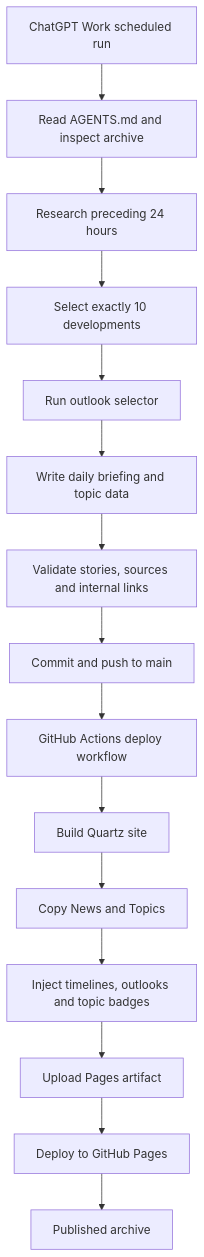
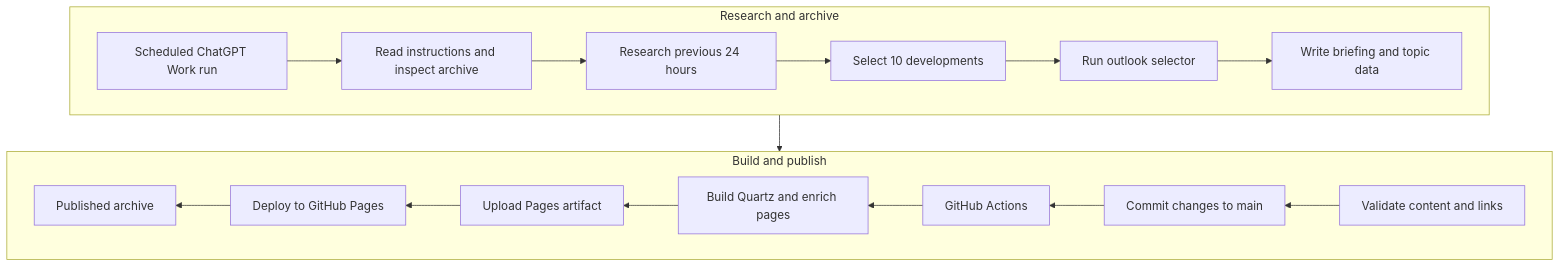
The diagram in README.md (mg-automated/selfgrowing-news), drawn with Mermaid before and after one commit.

Commit message:
docs: widen archive workflow diagram

````diff
--- a/README.md
+++ b/README.md
@@ -35,17 +35,23 @@
 ```mermaid
-flowchart TD
-    A[ChatGPT Work scheduled run] --> B[Read AGENTS.md and inspect archive]
-    B --> C[Research preceding 24 hours]
-    C --> D[Select exactly 10 developments]
-    D --> E[Run outlook selector]
-    E --> F[Write daily briefing and topic data]
-    F --> G[Validate stories, sources and internal links]
-    G --> H[Commit and push to main]
-    H --> I[GitHub Actions deploy workflow]
-    I --> J[Build Quartz site]
-    J --> J1[Copy News and Topics]
-    J1 --> J2[Inject timelines, outlooks and topic badges]
-    J2 --> K[Upload Pages artifact]
-    K --> L[Deploy to GitHub Pages]
-    L --> M[Published archive]
+flowchart TB
+    subgraph archive["Research and archive"]
+        direction LR
+        A[Scheduled ChatGPT Work run] --> B[Read instructions and inspect archive]
+        B --> C[Research previous 24 hours]
+        C --> D[Select 10 developments]
+        D --> E[Run outlook selector]
+        E --> F[Write briefing and topic data]
+    end
+
+    subgraph publishing["Build and publish"]
+        direction RL
+        G[Validate content and links] --> H[Commit changes to main]
+        H --> I[GitHub Actions]
+        I --> J[Build Quartz and enrich pages]
+        J --> K[Upload Pages artifact]
+        K --> L[Deploy to GitHub Pages]
+        L --> M[Published archive]
+    end
+
+    F --> G
 ```
````
